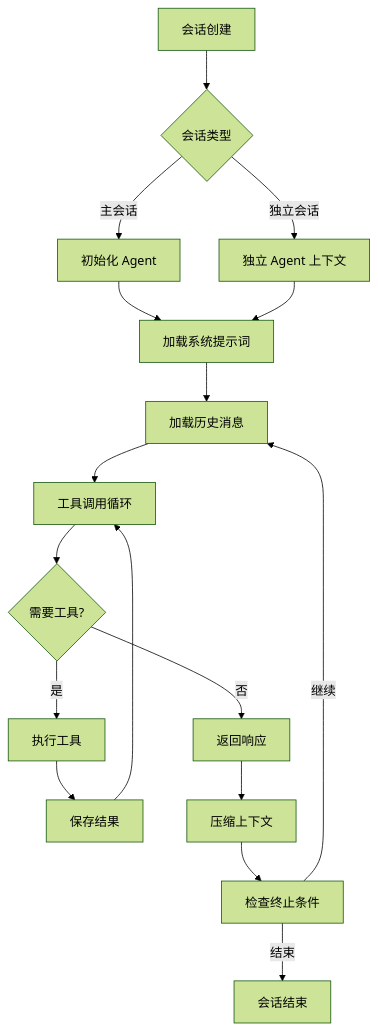
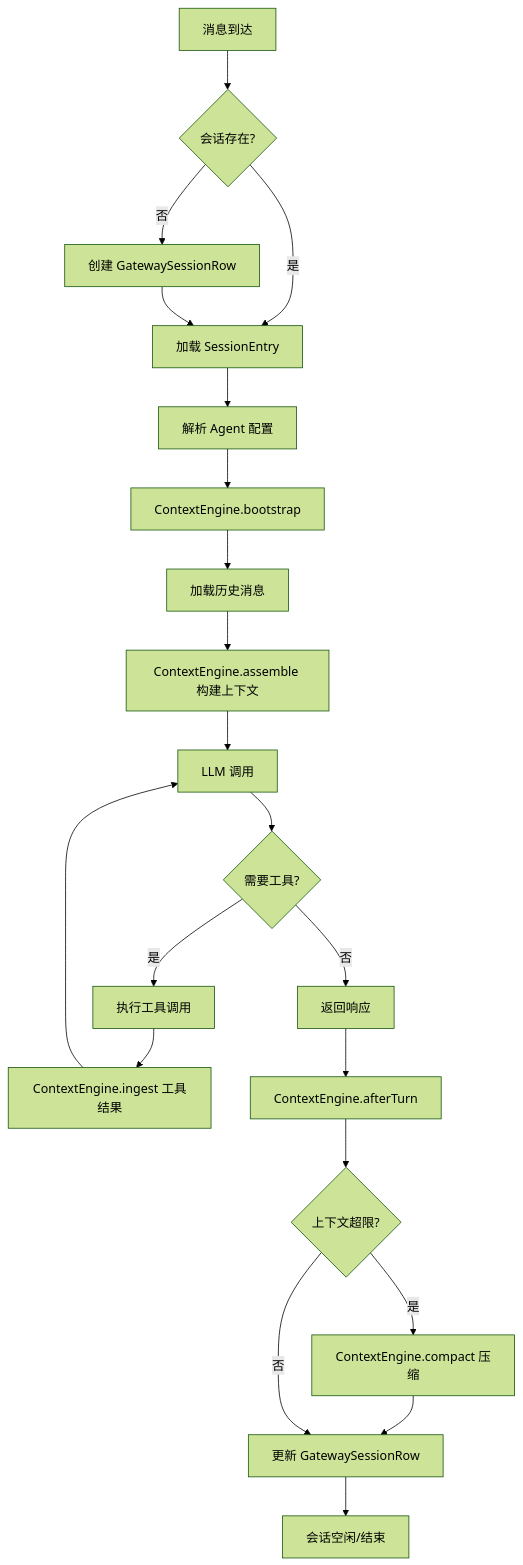
Before and after one commit to caicongyang/bloger: the fourth of 26 diagrams in openclaw/DATA_STRUCTURES.md, drawn with Mermaid (forest theme). The commit also changed other lines of this file and 13 other files, not shown here.

````diff
--- a/openclaw/DATA_STRUCTURES.md
+++ b/openclaw/DATA_STRUCTURES.md
@@ -140,22 +204,26 @@
 ```mermaid
 flowchart TD
-    A[会话创建] --> B{会话类型}
-    B -->|主会话| C[初始化 Agent]
-    B -->|独立会话| D[独立 Agent 上下文]
-    
-    C --> E[加载系统提示词]
-    D --> E
-    E --> F[加载历史消息]
-    F --> G[工具调用循环]
-    
-    G --> H{需要工具?}
-    H -->|是| I[执行工具]
-    I --> J[保存结果]
-    J --> G
-    H -->|否| K[返回响应]
-    
-    K --> L[压缩上下文]
-    L --> M[检查终止条件]
-    M -->|继续| F
-    M -->|结束| N[会话结束]
+    A[消息到达] --> B{会话存在?}
+    B -->|否| C[创建 GatewaySessionRow]
+    B -->|是| D[加载 SessionEntry]
+    C --> D
+
+    D --> E[解析 Agent 配置]
+    E --> F[ContextEngine.bootstrap]
+    F --> G[加载历史消息]
+    G --> H[ContextEngine.assemble 构建上下文]
+
+    H --> I[LLM 调用]
+    I --> J{需要工具?}
+    J -->|是| K[执行工具调用]
+    K --> L[ContextEngine.ingest 工具结果]
+    L --> I
+    J -->|否| M[返回响应]
+
+    M --> N[ContextEngine.afterTurn]
+    N --> O{上下文超限?}
+    O -->|是| P[ContextEngine.compact 压缩]
+    P --> Q[更新 GatewaySessionRow]
+    O -->|否| Q
+    Q --> R[会话空闲/结束]
 ```
````
